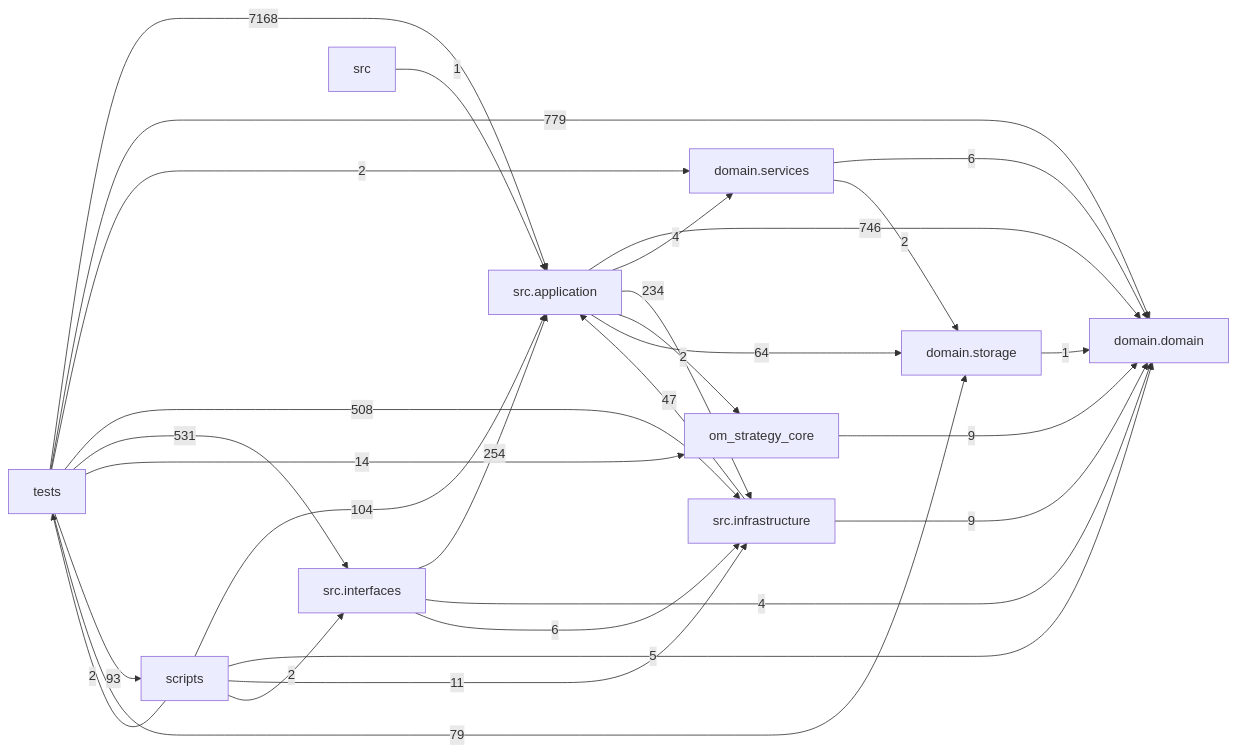
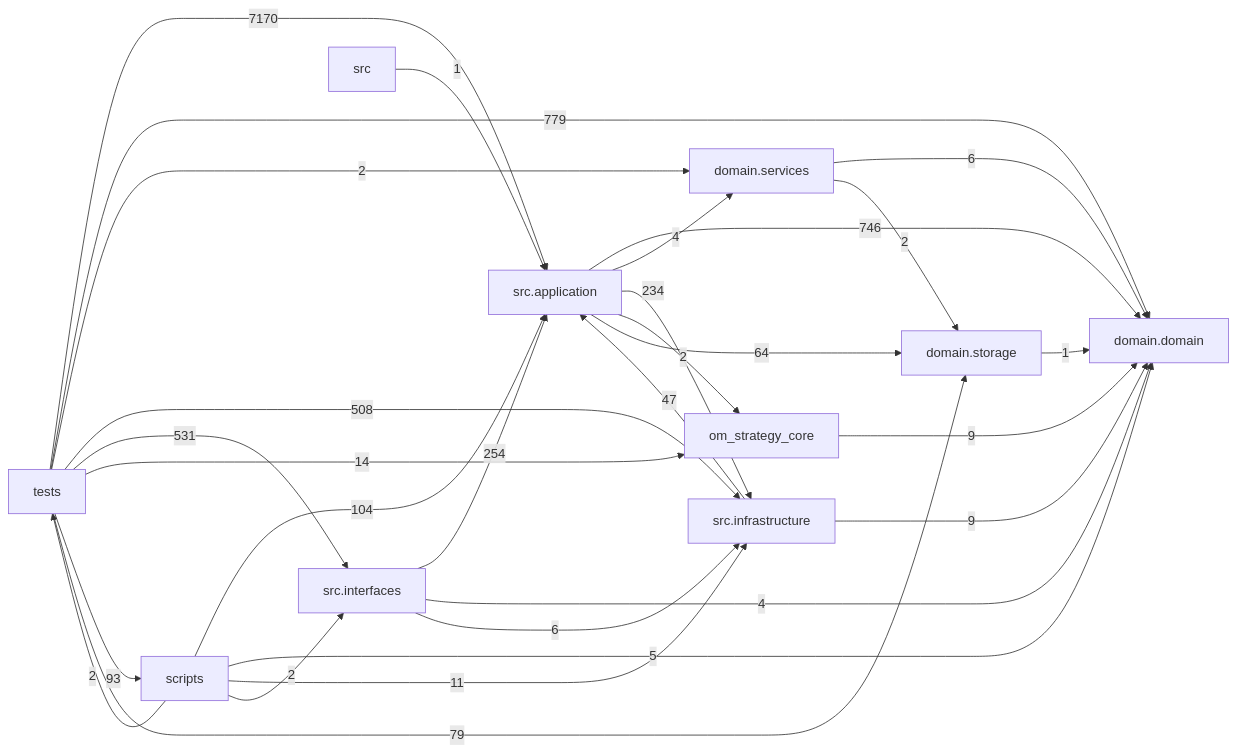
The diagram in docs/DEPENDENCY_GRAPH.md (liuxie066/options-monitor), drawn with Mermaid before and after one commit. The commit also changed other lines of this file and 1 other file, not shown here.

````diff
--- a/docs/DEPENDENCY_GRAPH.md
+++ b/docs/DEPENDENCY_GRAPH.md
@@ -24,39 +24,39 @@
 ```mermaid
 flowchart LR
   tests["tests"]
   scripts["scripts"]
   interfaces["src.interfaces"]
   application["src.application"]
   infrastructure["src.infrastructure"]
   domain_services["domain.services"]
   domain["domain.domain"]
   storage["domain.storage"]
   application -->|746| domain
   application -->|4| domain_services
   application -->|234| infrastructure
   application -->|2| om_strategy_core
   application -->|64| storage
   domain_services -->|6| domain
   domain_services -->|2| storage
   infrastructure -->|47| application
   infrastructure -->|9| domain
   interfaces -->|254| application
   interfaces -->|4| domain
   interfaces -->|6| infrastructure
   om_strategy_core -->|9| domain
   scripts -->|104| application
   scripts -->|5| domain
   scripts -->|11| infrastructure
   scripts -->|2| interfaces
   scripts -->|2| tests
   src -->|1| application
   storage -->|1| domain
-  tests -->|7168| application
+  tests -->|7170| application
   tests -->|779| domain
   tests -->|2| domain_services
   tests -->|508| infrastructure
   tests -->|531| interfaces
   tests -->|14| om_strategy_core
   tests -->|93| scripts
   tests -->|79| storage
 ```
````
